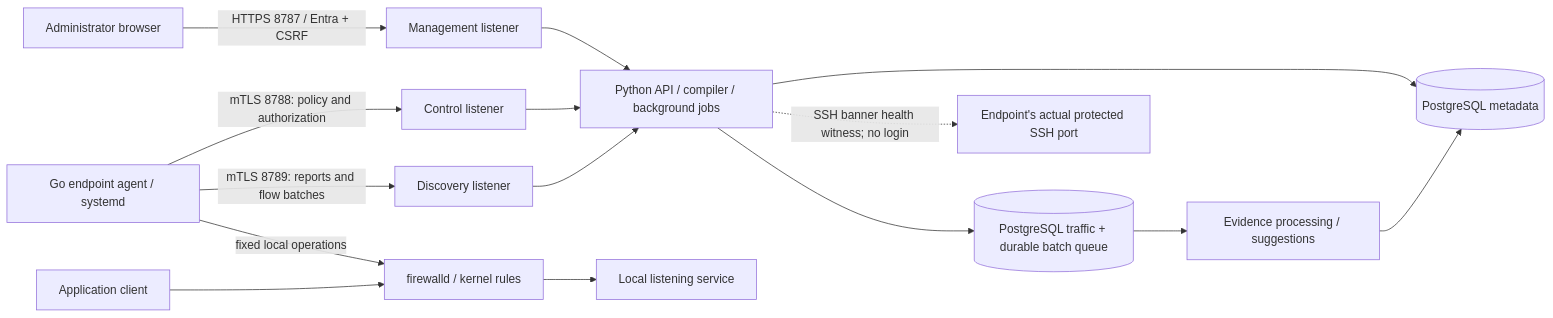
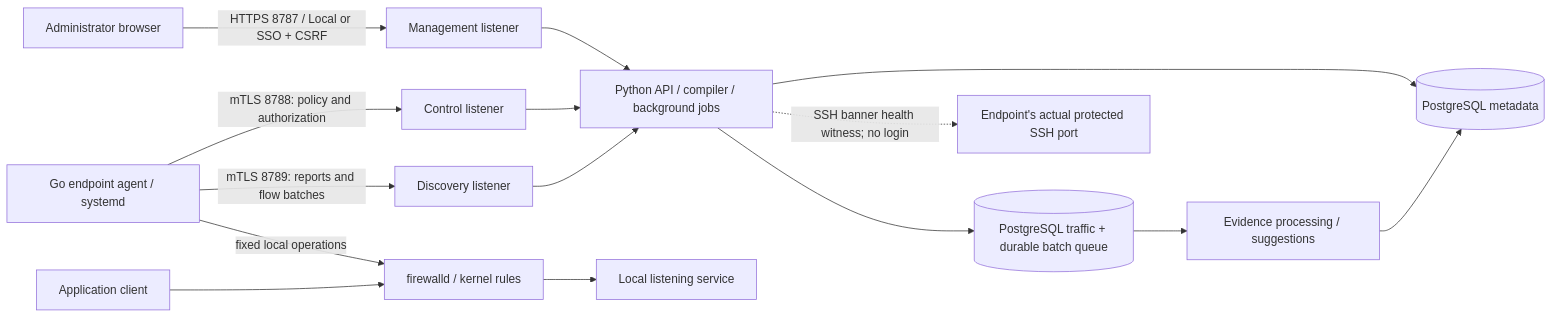
The first of 2 diagrams in README.md (everyagelabs/Prrthak), drawn with Mermaid before and after one commit. The commit also changed other lines of this file and 55 other files, not shown here.

Commit message:
Add local accounts and SAML SSO with shared role enforcement

````diff
--- a/README.md
+++ b/README.md
@@ -73,16 +76,16 @@
 ```mermaid
 flowchart LR
-    Browser["Administrator browser"] -->|"HTTPS 8787 / Entra + CSRF"| Management["Management listener"]
+    Browser["Administrator browser"] -->|"HTTPS 8787 / Local or SSO + CSRF"| Management["Management listener"]
     Agent["Go endpoint agent / systemd"] -->|"mTLS 8788: policy and authorization"| Control["Control listener"]
     Agent -->|"mTLS 8789: reports and flow batches"| Discovery["Discovery listener"]
     Management --> API["Python API / compiler / background jobs"]
     Control --> API
     Discovery --> API
     API --> Metadata[("PostgreSQL metadata")]
     API --> Traffic[("PostgreSQL traffic + durable batch queue")]
     Traffic --> Evidence["Evidence processing / suggestions"]
     Evidence --> Metadata
     Agent -->|"fixed local operations"| Firewall["firewalld / kernel rules"]
     Source["Application client"] --> Firewall --> Service["Local listening service"]
     API -.->|"SSH banner health witness; no login"| SSH["Endpoint's actual protected SSH port"]
 ```
````
